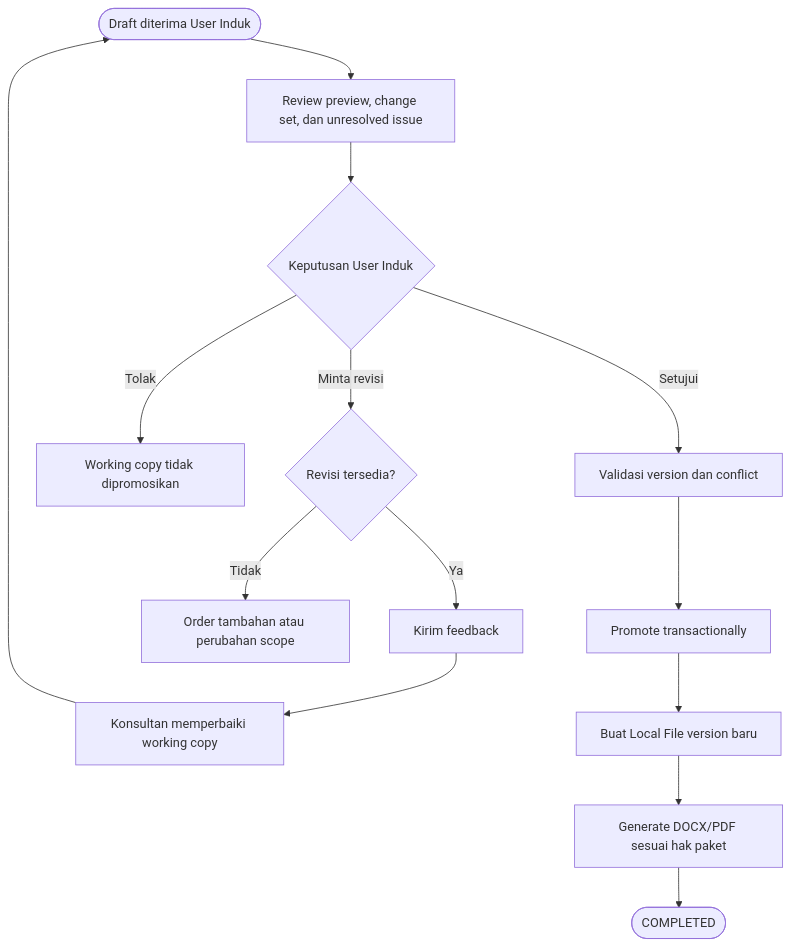
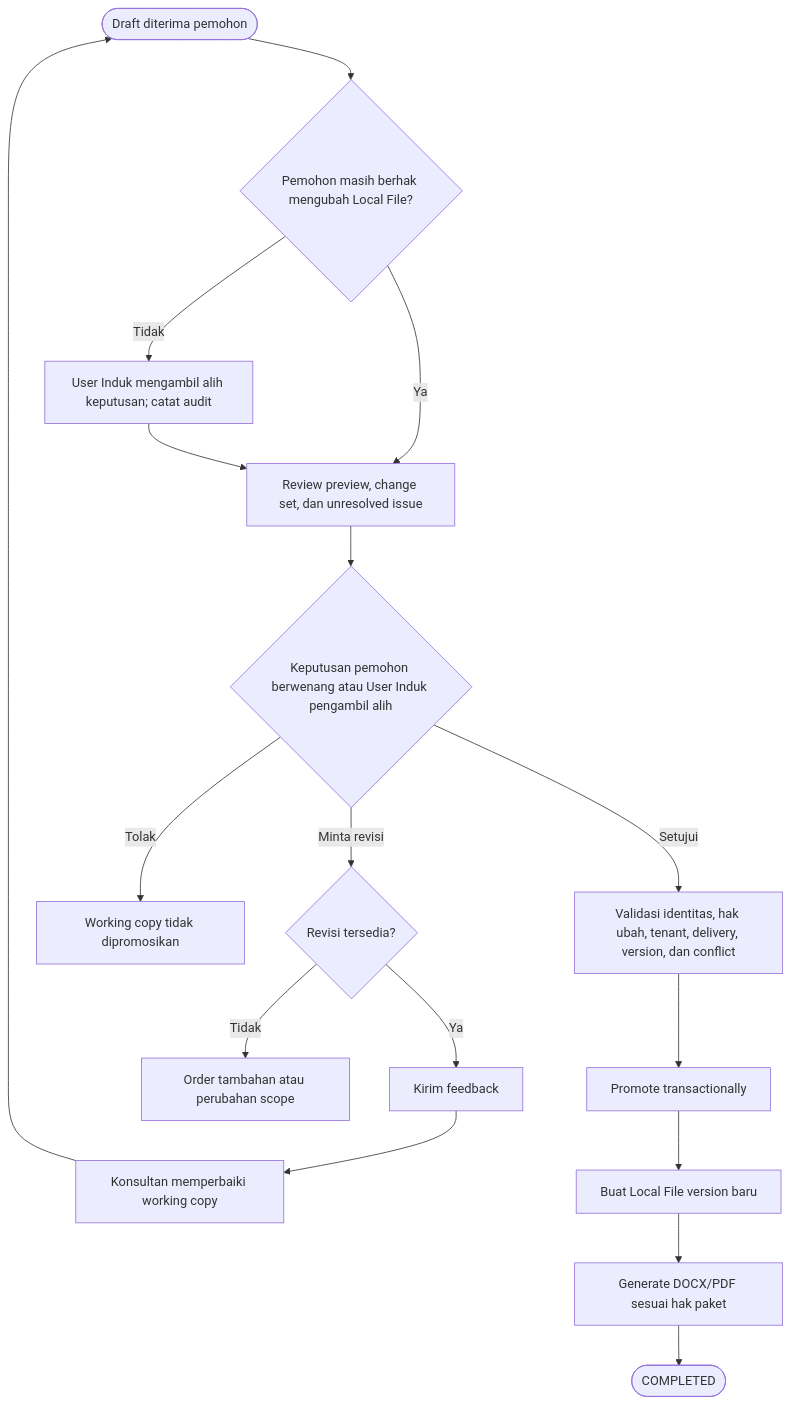
Before and after one commit to dayatmuc/tp-docs-documentation: the sixth of 6 diagrams in 02-With-Consultant/03-Business-Flow/08-Consultation-Service.md, drawn with Mermaid. The commit also changed other lines of this file and 27 other files, not shown here.

````diff
--- a/02-With-Consultant/03-Business-Flow/08-Consultation-Service.md
+++ b/02-With-Consultant/03-Business-Flow/08-Consultation-Service.md
@@ -246,16 +247,19 @@
 ```mermaid
 flowchart TD
-    DELIVERY([Draft diterima User Induk]) --> REVIEW[Review preview, change set, dan unresolved issue]
-    REVIEW --> DECISION{Keputusan User Induk}
+    DELIVERY([Draft diterima pemohon]) --> ACCESS{Pemohon masih berhak mengubah Local File?}
+    ACCESS -- Ya --> REVIEW[Review preview, change set, dan unresolved issue]
+    ACCESS -- Tidak --> TAKEOVER[User Induk mengambil alih keputusan; catat audit]
+    TAKEOVER --> REVIEW
+    REVIEW --> DECISION{Keputusan pemohon berwenang atau User Induk pengambil alih}
     DECISION -- Minta revisi --> QUOTA{Revisi tersedia?}
     QUOTA -- Ya --> FEEDBACK[Kirim feedback]
     FEEDBACK --> WORK[Konsultan memperbaiki working copy]
     WORK --> DELIVERY
     QUOTA -- Tidak --> EXTRA[Order tambahan atau perubahan scope]
     DECISION -- Tolak --> REJECT[Working copy tidak dipromosikan]
-    DECISION -- Setujui --> VALIDATE[Validasi version dan conflict]
+    DECISION -- Setujui --> VALIDATE[Validasi identitas, hak ubah, tenant, delivery, version, dan conflict]
     VALIDATE --> PROMOTE[Promote transactionally]
     PROMOTE --> VERSION[Buat Local File version baru]
     VERSION --> GENERATE[Generate DOCX/PDF sesuai hak paket]
     GENERATE --> COMPLETE([COMPLETED])
 ```
````
